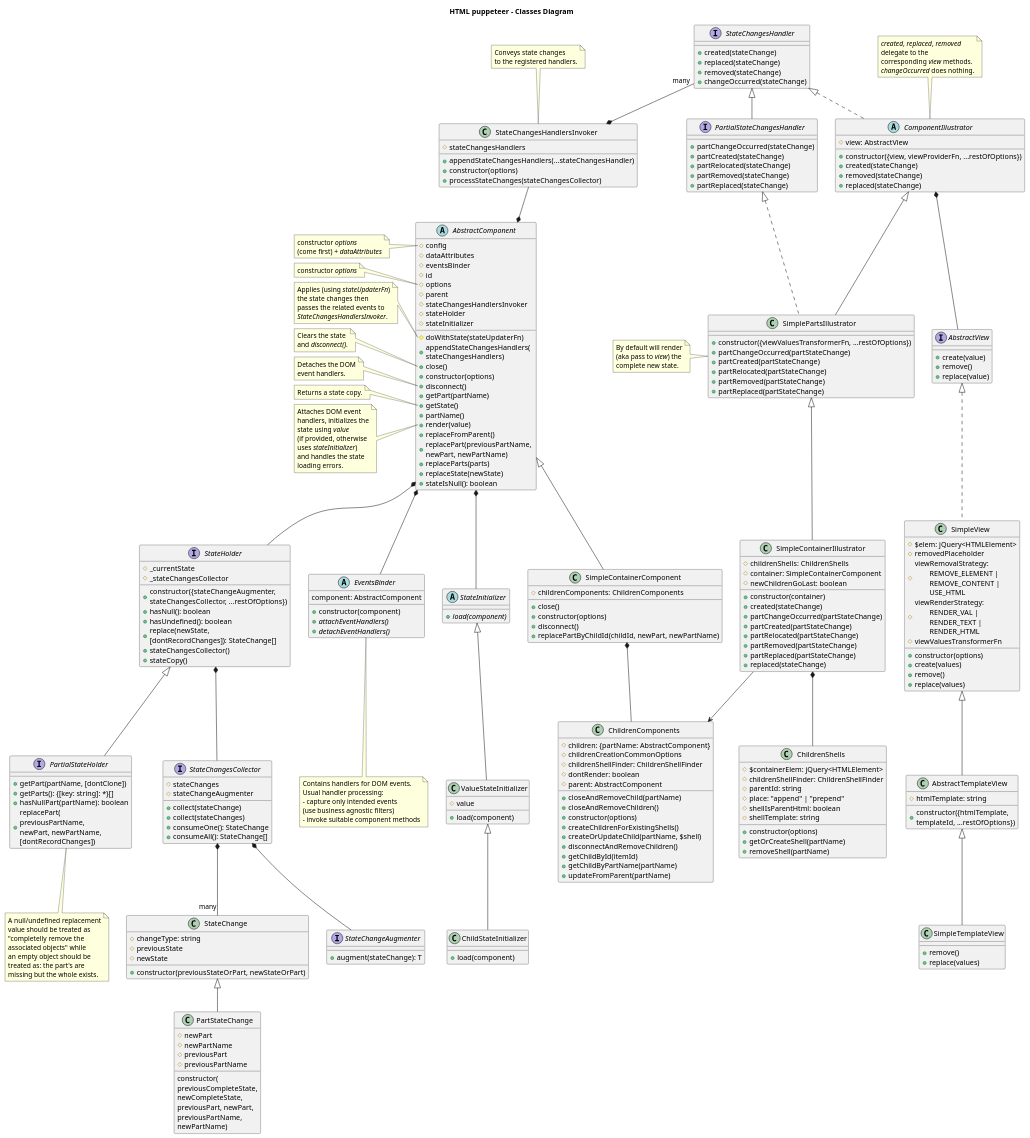
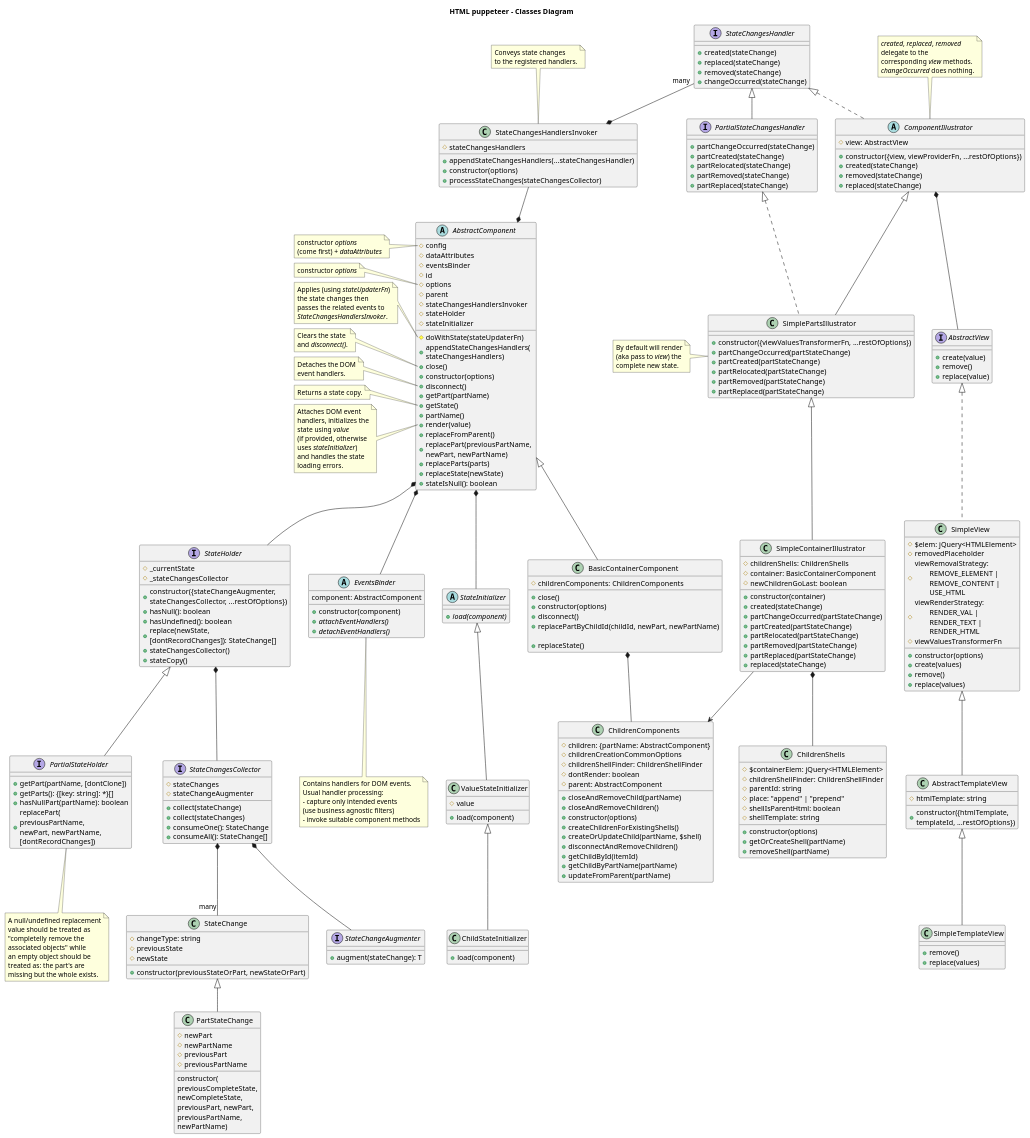
The diagram in design/classes-diagram.puml (adrhc/html-puppeteer), drawn with PlantUML before and after one commit. The commit also changed 5 other files, not shown here.

Commit message:
BasicContainerComponent.js DRAFT Puppeteer.js, ChildrenComponents.js: using childrenCreationCommonOptions

```diff
--- a/design/classes-diagram.puml
+++ b/design/classes-diagram.puml
@@ -119,7 +119,7 @@
 
 class SimpleContainerIllustrator extends SimplePartsIllustrator {
 #childrenShells: ChildrenShells
-#container: SimpleContainerComponent
+#container: BasicContainerComponent
 #newChildrenGoLast: boolean
 +constructor(container)
 +created(stateChange)
@@ -267,15 +267,17 @@
 missing but the whole exists.
 end note
 
-class SimpleContainerComponent extends AbstractComponent {
+class BasicContainerComponent extends AbstractComponent {
 #childrenComponents: ChildrenComponents
 +close()
 +constructor(options)
 +disconnect()
 +replacePartByChildId(childId, newPart, newPartName)
+
++replaceState()
 }
 
-SimpleContainerComponent *-down- ChildrenComponents
+BasicContainerComponent *-down- ChildrenComponents
 
 /'interface ErrorsHandler {
 +accept(error)
```
